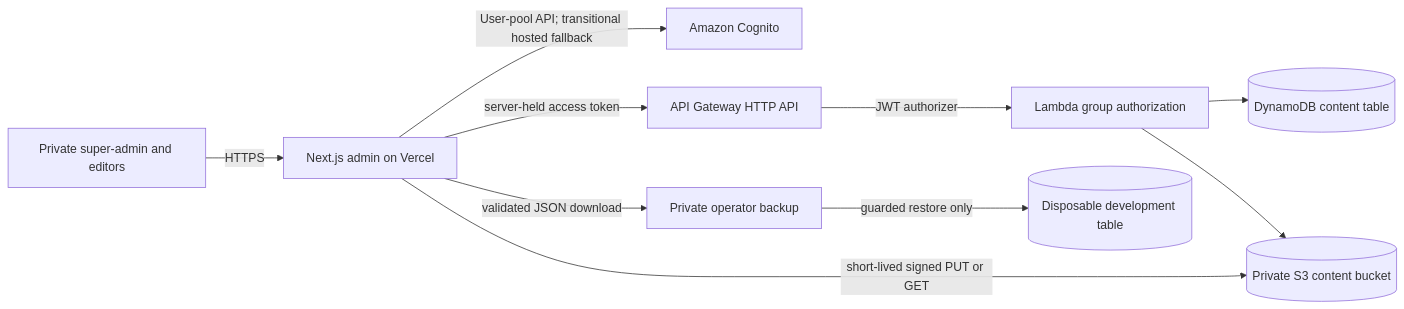
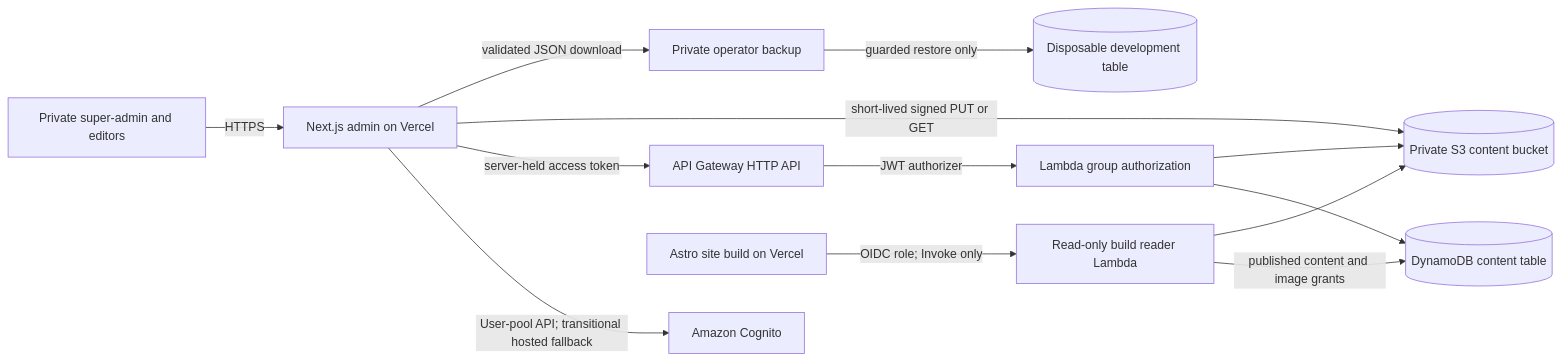
The diagram in docs/architecture.md (boversauros/admintonibover), drawn with Mermaid before and after one commit. The commit also changed other lines of this file and 9 other files, not shown here.

First line of the commit message:
Consolidate the build-reader docs and fix architecture drift

````diff
--- a/docs/architecture.md
+++ b/docs/architecture.md
@@ -10,12 +10,15 @@
 ```mermaid
 flowchart LR
   A[Private super-admin and editors] -->|HTTPS| N[Next.js admin on Vercel]
   N -->|User-pool API; transitional hosted fallback| C[Amazon Cognito]
   N -->|server-held access token| G[API Gateway HTTP API]
   G -->|JWT authorizer| L[Lambda group authorization]
   L --> D[(DynamoDB content table)]
   L --> S[(Private S3 content bucket)]
   N -->|short-lived signed PUT or GET| S
   N -->|validated JSON download| B[Private operator backup]
   B -->|guarded restore only| R[(Disposable development table)]
+  V[Astro site build on Vercel] -->|OIDC role; Invoke only| RL[Read-only build reader Lambda]
+  RL -->|published content and image grants| D
+  RL --> S
 ```
````
